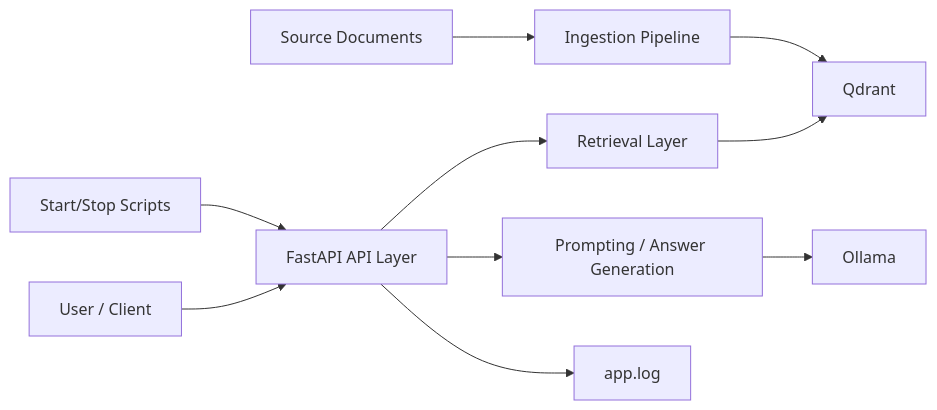
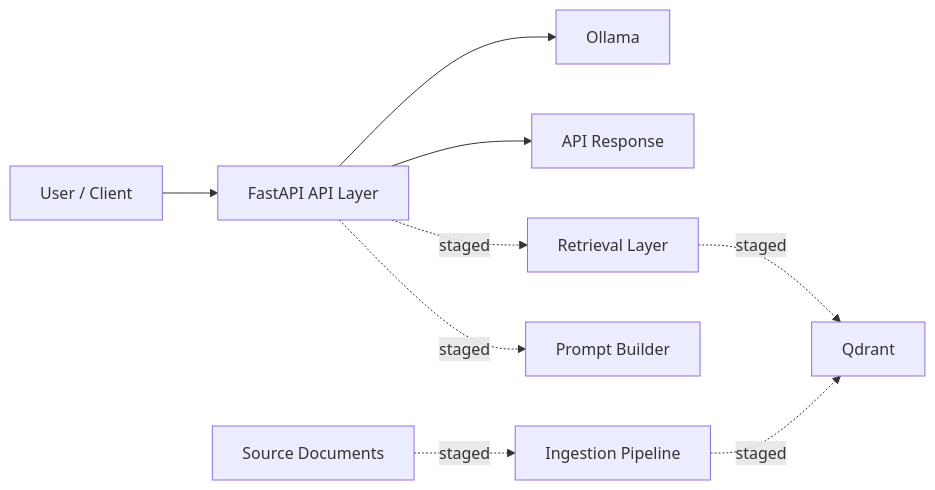
The first of 2 diagrams in docs/architecture-packaging.md (ialpay/enterprise-genai-platform), drawn with Mermaid before and after one commit. The commit also changed other lines of this file and 1 other file, not shown here.

````diff
--- a/docs/architecture-packaging.md
+++ b/docs/architecture-packaging.md
@@ -26,12 +36,11 @@
 ```mermaid
 flowchart LR
   user[User / Client] --> api[FastAPI API Layer]
-  api --> retrieval[Retrieval Layer]
-  retrieval --> qdrant[Qdrant]
-  api --> prompting[Prompting / Answer Generation]
-  prompting --> ollama[Ollama]
-  sources[Source Documents] --> ingestion[Ingestion Pipeline]
-  ingestion --> qdrant
-  scripts[Start/Stop Scripts] --> api
-  api --> logs[app.log]
+  api --> ollama[Ollama]
+  api --> response[API Response]
+  sources[Source Documents] -. staged .-> ingestion[Ingestion Pipeline]
+  ingestion -. staged .-> qdrant[Qdrant]
+  api -. staged .-> retrieval[Retrieval Layer]
+  retrieval -. staged .-> qdrant
+  api -. staged .-> prompting[Prompt Builder]
 ```
````
